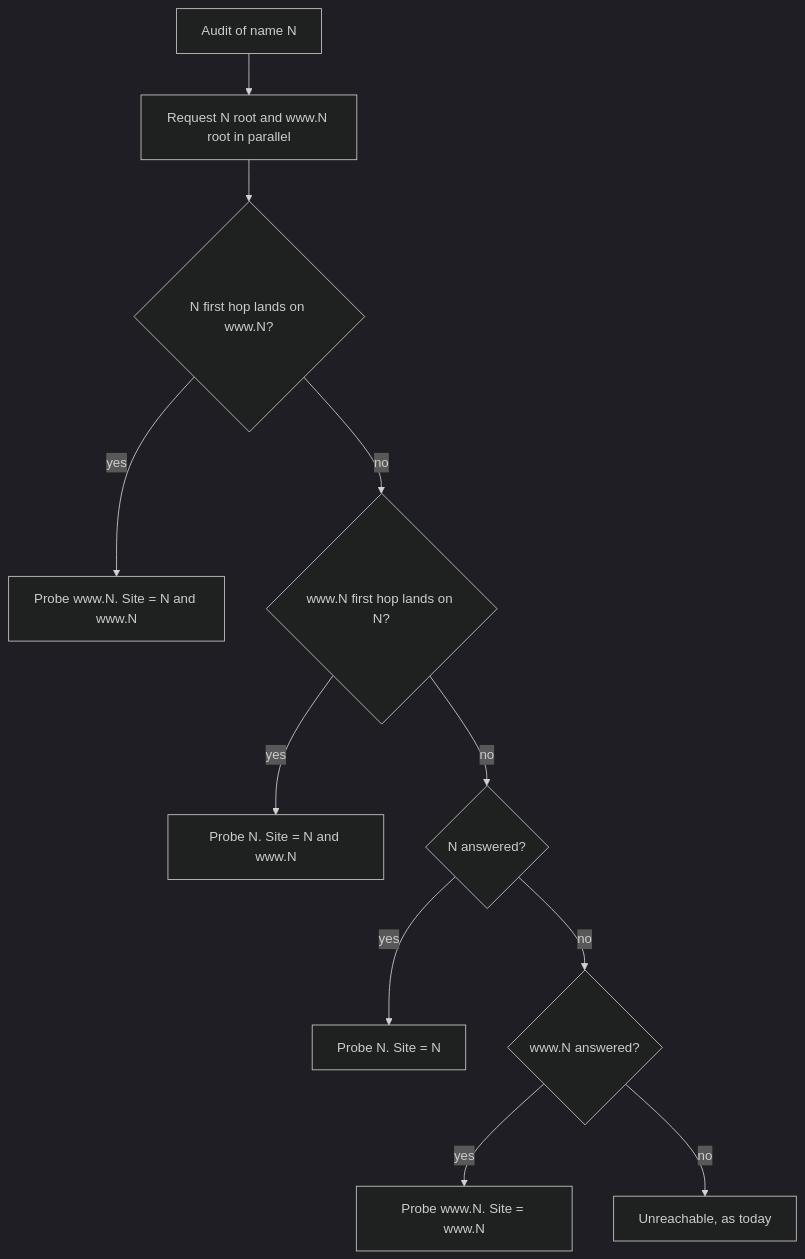
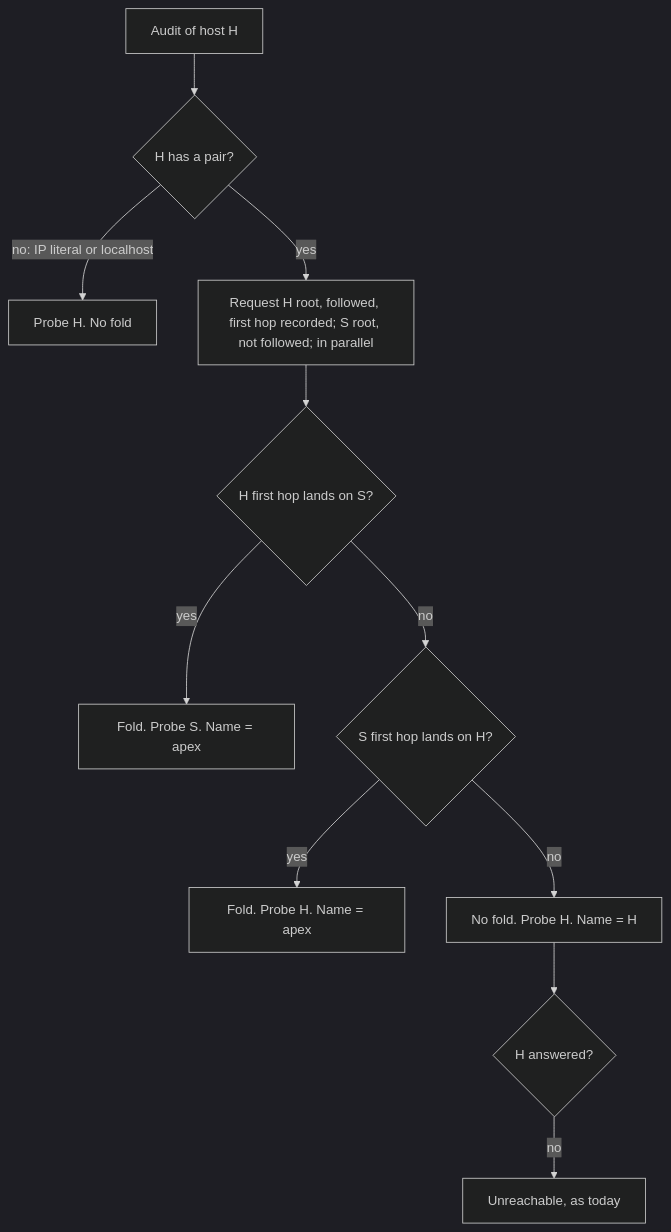
Before and after one commit to brettdavies/agentnative-site: the first of 2 diagrams in docs/plans/2026-11-10-1608-feat-www-apex-site-fold-plan.md, drawn with Mermaid (dark theme). The commit also changed other lines of this file, not shown here.

First line of the commit message:
docs(plans): rework the www and apex fold to fold only on a redirect

````diff
--- a/docs/plans/2026-11-10-1608-feat-www-apex-site-fold-plan.md
+++ b/docs/plans/2026-11-10-1608-feat-www-apex-site-fold-plan.md
@@ -127,13 +133,13 @@
 ```mermaid
 flowchart TB
-  S[Audit of name N] --> P[Request N root and www.N root in parallel]
-  P --> A{N first hop lands on www.N?}
-  A -->|yes| F1[Probe www.N. Site = N and www.N]
-  A -->|no| B{www.N first hop lands on N?}
-  B -->|yes| F2[Probe N. Site = N and www.N]
-  B -->|no| C{N answered?}
-  C -->|yes| F3[Probe N. Site = N]
-  C -->|no| D{www.N answered?}
-  D -->|yes| F4[Probe www.N. Site = www.N]
-  D -->|no| U[Unreachable, as today]
+  A[Audit of host H] --> P{H has a pair?}
+  P -->|no: IP literal or localhost| N[Probe H. No fold]
+  P -->|yes| R[Request H root, followed, first hop recorded; S root, not followed; in parallel]
+  R --> X{H first hop lands on S?}
+  X -->|yes| F1[Fold. Probe S. Name = apex]
+  X -->|no| Y{S first hop lands on H?}
+  Y -->|yes| F2[Fold. Probe H. Name = apex]
+  Y -->|no| U[No fold. Probe H. Name = H]
+  U --> Z{H answered?}
+  Z -->|no| UR[Unreachable, as today]
 ```
````
